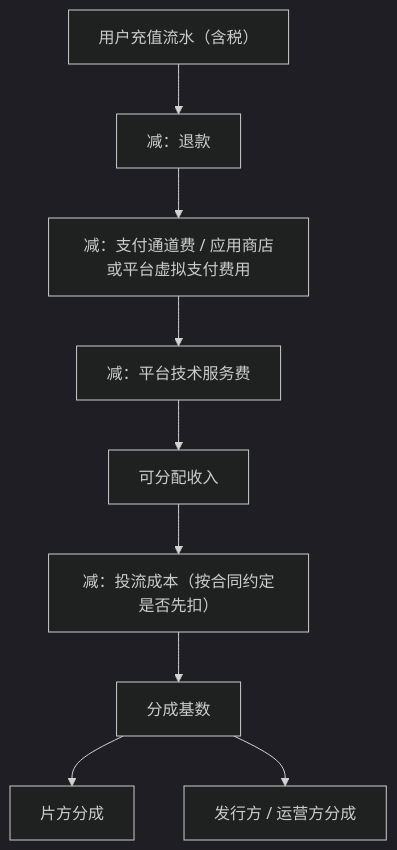
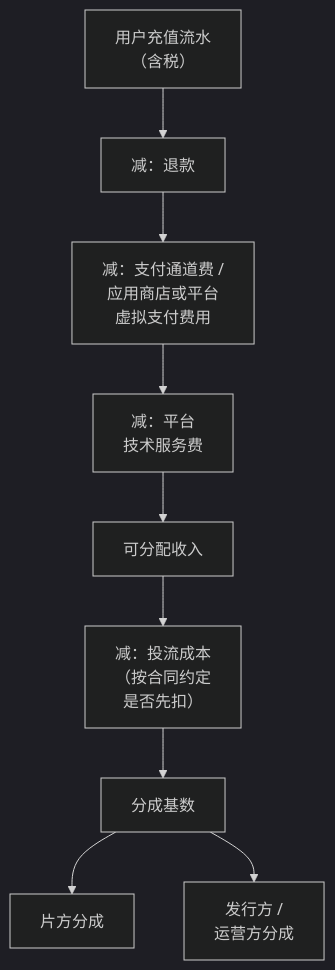
Before and after one commit to jarvis-pro/hatch-shelf: the diagram in books/drama-distribution/06-revenue-share.md, drawn with Mermaid (dark theme). The commit also changed 432 other files, not shown here.

````diff
--- a/books/drama-distribution/06-revenue-share.md
+++ b/books/drama-distribution/06-revenue-share.md
@@ -59,11 +59,11 @@
 ```mermaid
 flowchart TD
-  A["用户充值流水（含税）"] --> B["减：退款"]
-  B --> C["减：支付通道费 / 应用商店或平台虚拟支付费用"]
-  C --> D["减：平台技术服务费"]
+  A["用户充值流水<br/>（含税）"] --> B["减：退款"]
+  B --> C["减：支付通道费 /<br/>应用商店或平台<br/>虚拟支付费用"]
+  C --> D["减：平台<br/>技术服务费"]
   D --> E["可分配收入"]
-  E --> F["减：投流成本（按合同约定是否先扣）"]
+  E --> F["减：投流成本<br/>（按合同约定<br/>是否先扣）"]
   F --> G["分成基数"]
   G --> H["片方分成"]
-  G --> I["发行方 / 运营方分成"]
+  G --> I["发行方 /<br/>运营方分成"]
 ```
````
